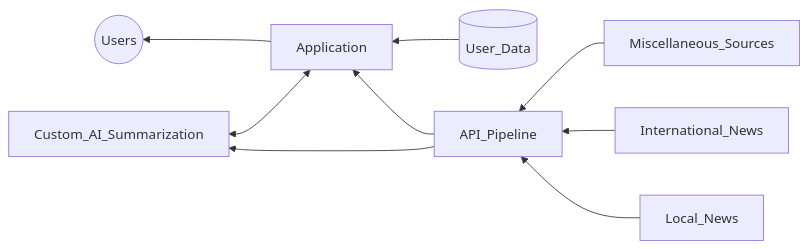
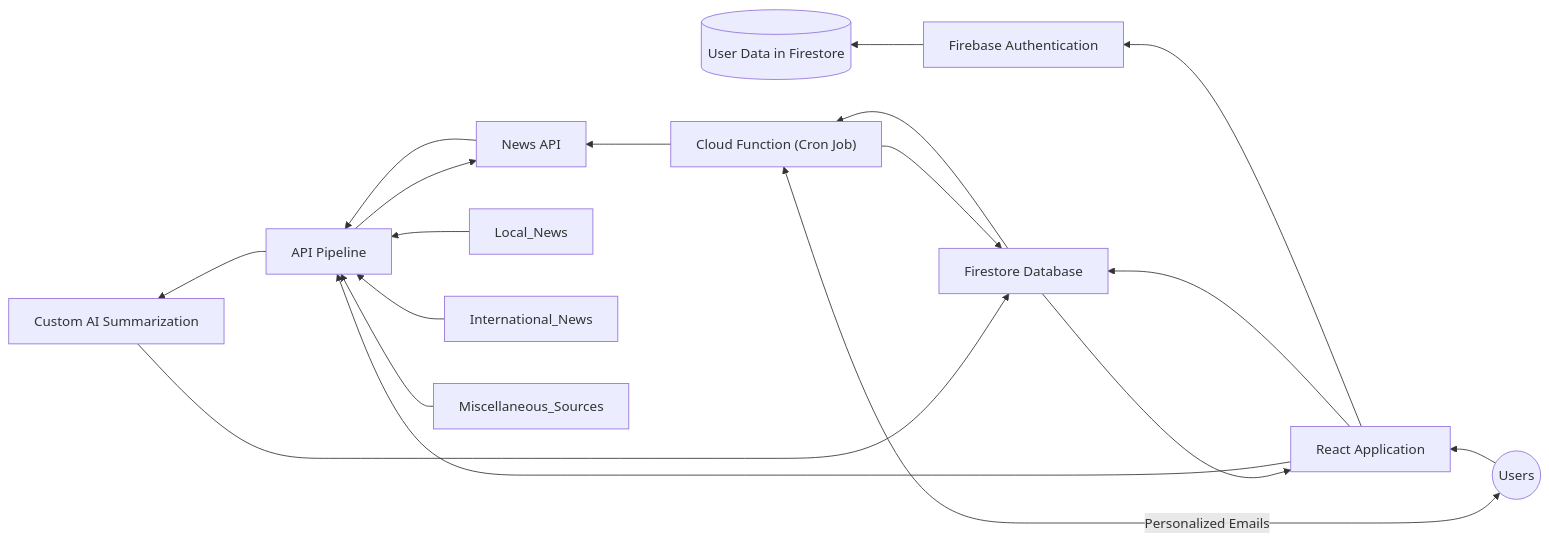
Before and after one commit to Sherma-ThangamS/KYN_Hackathon: the first of 2 diagrams in README.md, drawn with Mermaid.

````diff
--- a/README.md
+++ b/README.md
@@ -88,11 +88,20 @@
 ```mermaid
     graph RL
-        Application --> Users((Users))
-        API_Pipeline --> Application
-        API_Pipeline --> Custom_AI_Summarization
-        Application <--> Custom_AI_Summarization
-        User_Data[(User_Data)] --> Application
-        Local_News --> API_Pipeline
-        International_News --> API_Pipeline
-        Miscellaneous_Sources --> API_Pipeline 
+    Users((Users)) --> Application[React Application]
+    Application --> Firebase_Auth[Firebase Authentication]
+    Application --> Firestore[Firestore Database]
+    Application --> API_Pipeline[API Pipeline]
+    API_Pipeline --> News_API[News API]
+    API_Pipeline --> Custom_AI_Summarization[Custom AI Summarization]
+    Firebase_Auth --> User_Data[(User Data in Firestore)]
+    Firestore --> Application
+    News_API --> API_Pipeline
+    Local_News --> API_Pipeline
+    International_News --> API_Pipeline
+    Miscellaneous_Sources --> API_Pipeline
+    Custom_AI_Summarization --> Firestore
+    Cron_Job["Cloud Function (Cron Job)"] --> Firestore
+    Cron_Job --> News_API
+    Firestore --> Cron_Job
+    Users <-- Personalized Emails --> Cron_Job
 ```
````
